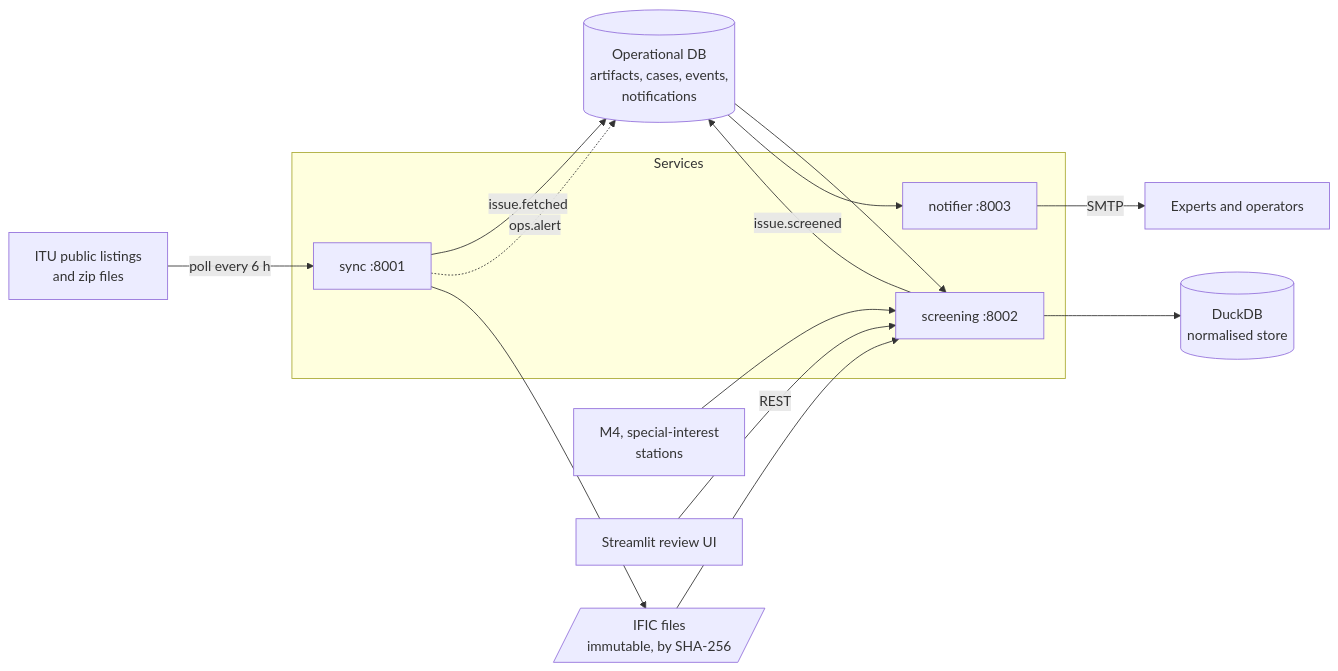
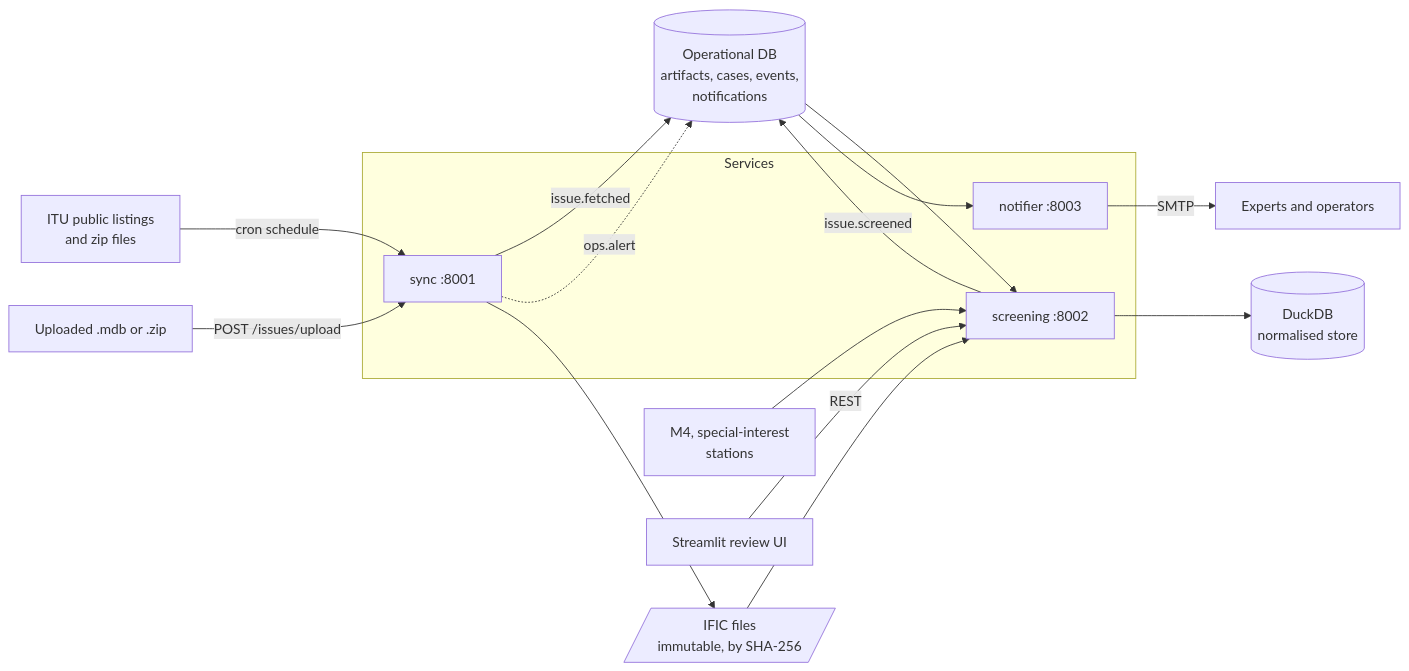
The diagram in docs/services-architecture.md (KH4St3H/taivas-guard), drawn with Mermaid before and after one commit. The commit also changed other lines of this file and 13 other files, not shown here.

First line of the commit message:
Add cron schedule, IFIC file upload and neighbour settings

````diff
--- a/docs/services-architecture.md
+++ b/docs/services-architecture.md
@@ -21,24 +23,25 @@
 ```mermaid
 flowchart LR
-    ITU[ITU public listings<br/>and zip files] -->|poll every 6 h| SYNC
+    ITU[ITU public listings<br/>and zip files] -->|cron schedule| SYNC
+    UPLOAD[Uploaded .mdb or .zip] -->|POST /issues/upload| SYNC
 
     subgraph Services
         SYNC[sync :8001]
         SCREEN[screening :8002]
         NOTIFY[notifier :8003]
     end
 
     SYNC -->|issue.fetched| OPS[(Operational DB<br/>artifacts, cases, events,<br/>notifications)]
     OPS --> SCREEN
     SCREEN -->|issue.screened| OPS
     OPS --> NOTIFY
     SYNC -.->|ops.alert| OPS
 
     SYNC --> FILES[/IFIC files<br/>immutable, by SHA-256/]
     FILES --> SCREEN
     SCREEN --> DUCK[(DuckDB<br/>normalised store)]
     NATIONAL[M4, special-interest<br/>stations] --> SCREEN
 
     NOTIFY -->|SMTP| MAIL[Experts and operators]
     UI[Streamlit review UI] -->|REST| SCREEN
 ```
````
